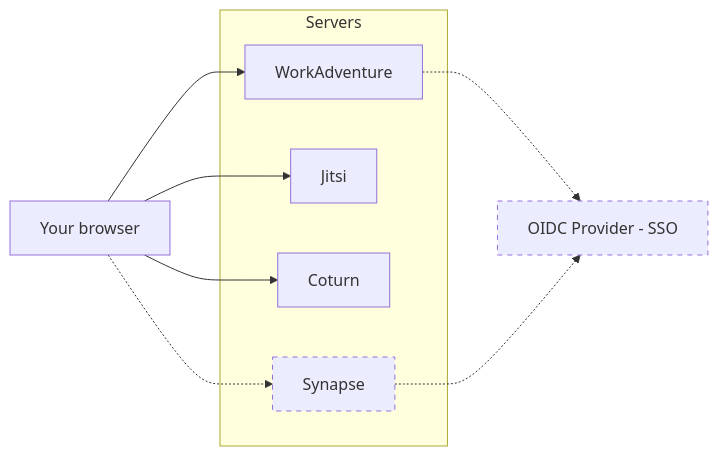
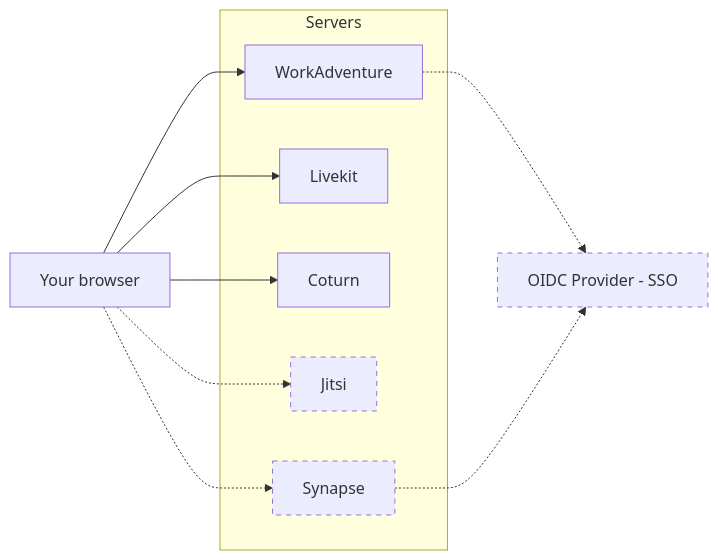
Before and after one commit to workadventure/workadventure: the diagram in docs/others/self-hosting/install.md, drawn with Mermaid. The commit also changed other lines of this file and 1 other file, not shown here.

Commit message:
Adding proper documentation for Livekit server integration

````diff
--- a/docs/others/self-hosting/install.md
+++ b/docs/others/self-hosting/install.md
@@ -51,19 +56,22 @@
 ```mermaid
 flowchart LR
   
     subgraph Servers
     WorkAdventure
+    Livekit
+    Coturn
     Jitsi
-    Coturn
     Synapse
     end
     Browser1["Your browser"]
     Browser1-->WorkAdventure
-    Browser1-->Jitsi
+    Browser1-->Livekit
     Browser1-->Coturn
+    Browser1-.->Jitsi
     Browser1-.->Synapse
     WorkAdventure-.->OIDC[OIDC Provider - SSO]
     Synapse-.->OIDC
   style Synapse stroke-width:1px,stroke-dasharray: 5 5
+  style Jitsi stroke-width:1px,stroke-dasharray: 5 5
   style OIDC stroke-width:1px,stroke-dasharray: 5 5
 ```
````
